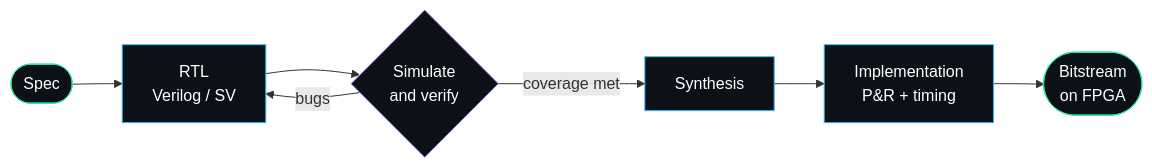
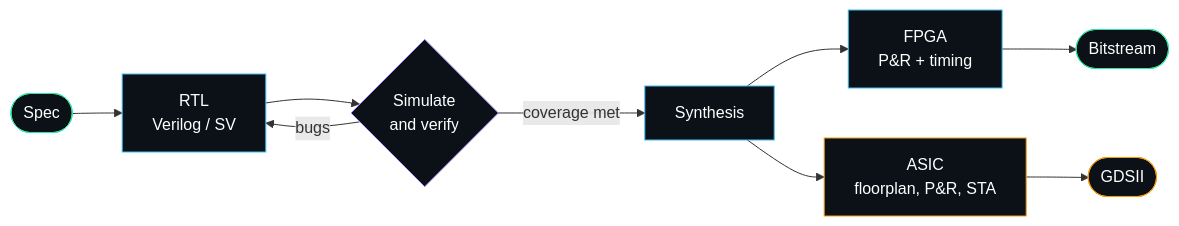
One commit to sreeveenkat/sreeveenkat changed the diagram in README.md. Above: the diagram before and after it, drawn with Mermaid. The commit also changed other lines of this file and 4 other files, not shown here.

````diff
--- a/README.md
+++ b/README.md
@@ -103,16 +106,20 @@
 ```mermaid
 flowchart LR
     A([Spec]) --> B[RTL<br/>Verilog / SV]
     B --> C{Simulate<br/>and verify}
     C -- bugs --> B
     C -- coverage met --> D[Synthesis]
-    D --> E[Implementation<br/>P&R + timing]
-    E --> F([Bitstream<br/>on FPGA])
+    D --> E1[FPGA<br/>P&R + timing]
+    E1 --> F1([Bitstream])
+    D --> E2[ASIC<br/>floorplan, P&R, STA]
+    E2 --> F2([GDSII])
 
     style A fill:#0b1117,stroke:#2ee6a6,color:#fff
     style B fill:#0b1117,stroke:#38bdf8,color:#fff
     style C fill:#0b1117,stroke:#a78bfa,color:#fff
     style D fill:#0b1117,stroke:#38bdf8,color:#fff
-    style E fill:#0b1117,stroke:#38bdf8,color:#fff
-    style F fill:#0b1117,stroke:#2ee6a6,color:#fff
+    style E1 fill:#0b1117,stroke:#38bdf8,color:#fff
+    style E2 fill:#0b1117,stroke:#f59e0b,color:#fff
+    style F1 fill:#0b1117,stroke:#2ee6a6,color:#fff
+    style F2 fill:#0b1117,stroke:#f59e0b,color:#fff
 ```
````
